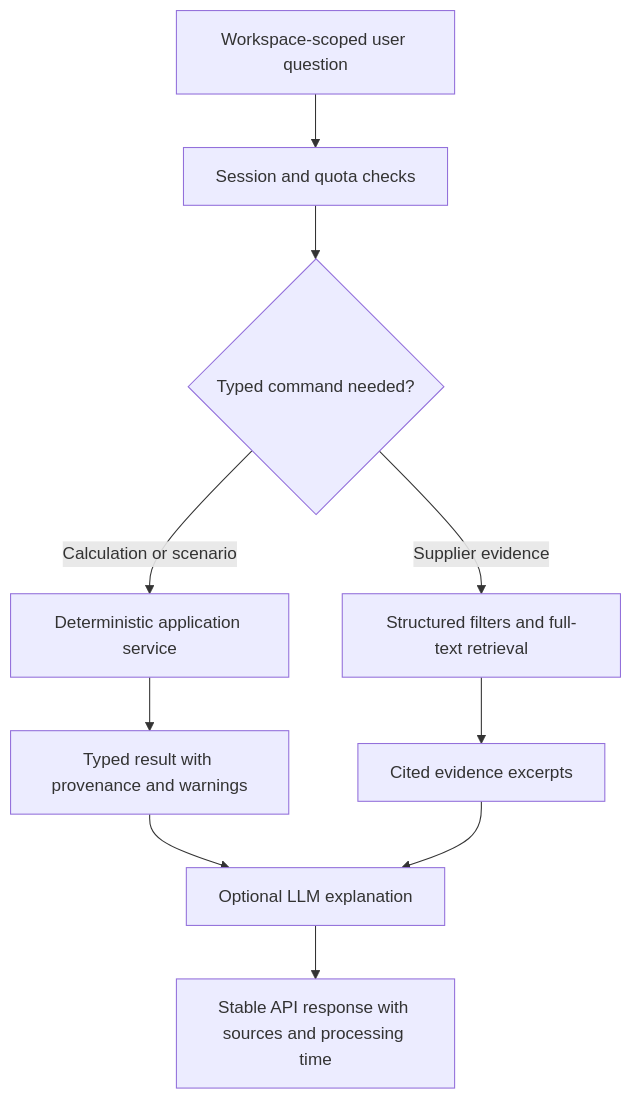
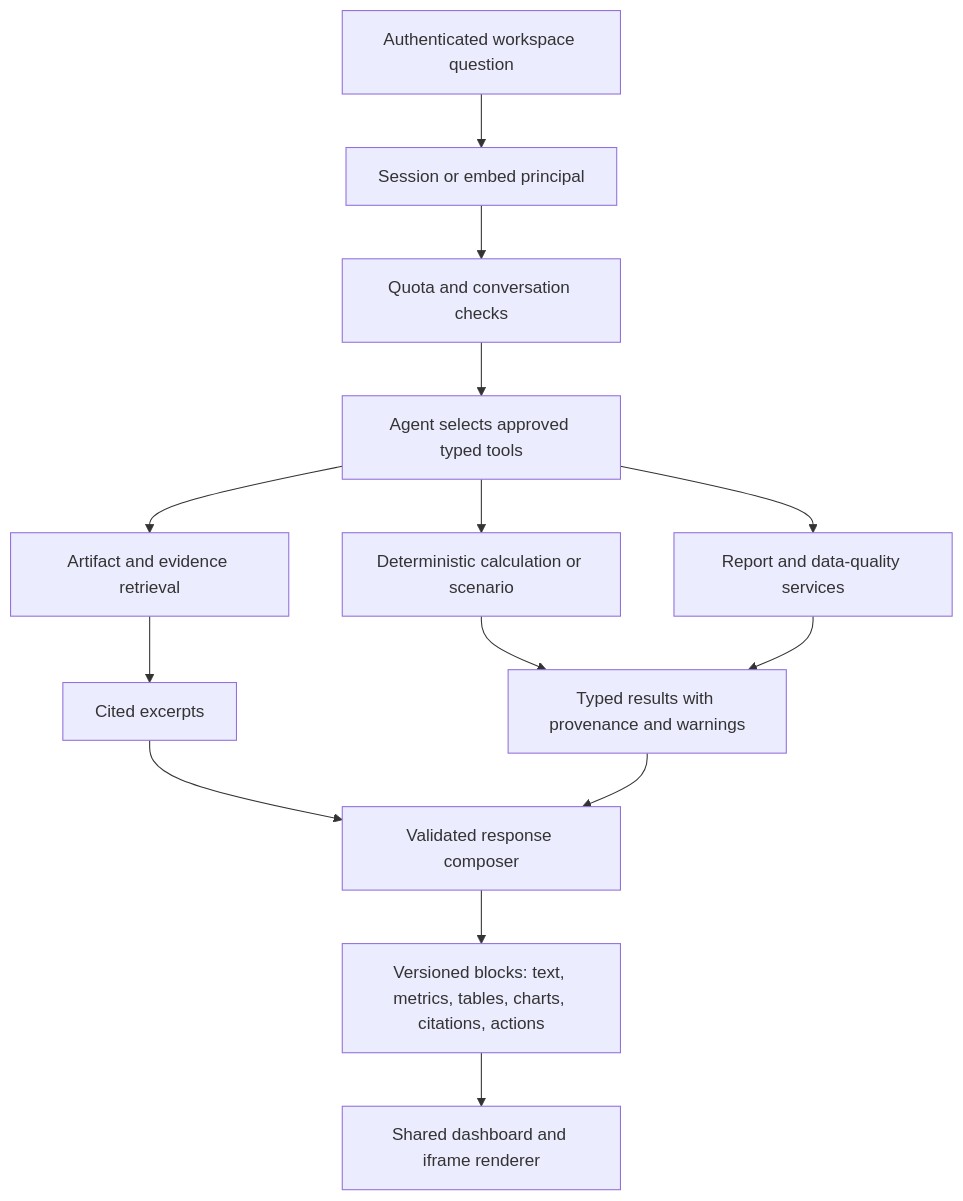
The second of 2 diagrams in docs/langchain.rag.workflow.md (davidpal3c/NZeroESG_Scope3), drawn with Mermaid before and after one commit. The commit also changed other lines of this file and 28 other files, not shown here.

````diff
--- a/docs/langchain.rag.workflow.md
+++ b/docs/langchain.rag.workflow.md
@@ -43,12 +105,16 @@
 ```mermaid
 flowchart TD
-    A[Workspace-scoped user question] --> B[Session and quota checks]
-    B --> C{Typed command needed?}
-    C -- Calculation or scenario --> D[Deterministic application service]
-    C -- Supplier evidence --> E[Structured filters and full-text retrieval]
-    D --> F[Typed result with provenance and warnings]
-    E --> G[Cited evidence excerpts]
-    F --> H[Optional LLM explanation]
-    G --> H
-    H --> I[Stable API response with sources and processing time]
+    A[Authenticated workspace question] --> B[Session or embed principal]
+    B --> C[Quota and conversation checks]
+    C --> D[Agent selects approved typed tools]
+    D --> E[Artifact and evidence retrieval]
+    D --> F[Deterministic calculation or scenario]
+    D --> G[Report and data-quality services]
+    E --> H[Cited excerpts]
+    F --> I[Typed results with provenance and warnings]
+    G --> I
+    H --> J[Validated response composer]
+    I --> J
+    J --> K[Versioned blocks: text, metrics, tables, charts, citations, actions]
+    K --> L[Shared dashboard and iframe renderer]
 ```
````
